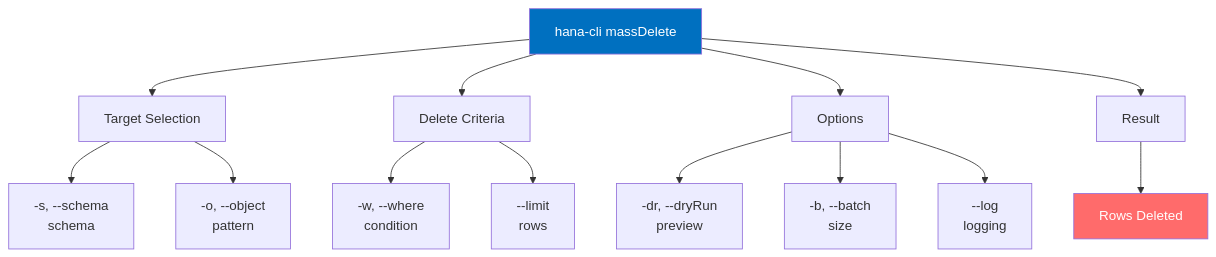
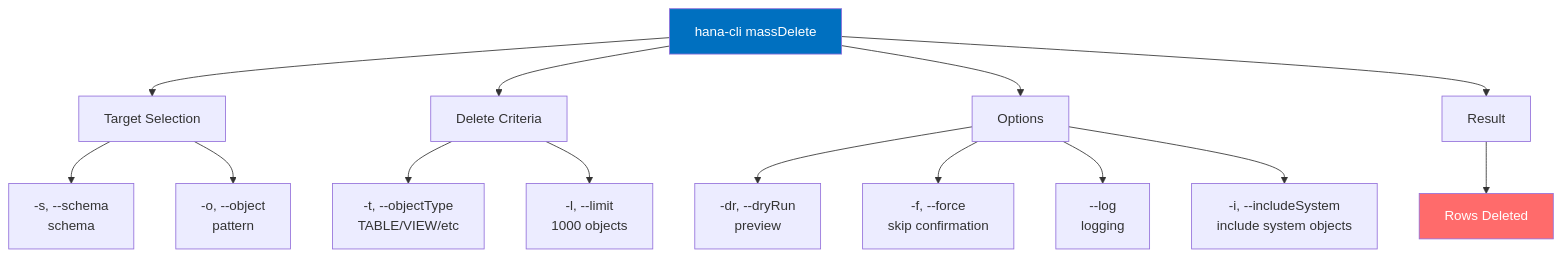
Diagram 20 of 26 in docs/99-reference/command-reference.md (SAP-samples/hana-developer-cli-tool-example), drawn with Mermaid before and after one commit. The commit also changed other lines of this file and 10 other files, not shown here.

````diff
--- a/docs/99-reference/command-reference.md
+++ b/docs/99-reference/command-reference.md
@@ -773,21 +778,22 @@
 ```mermaid
 graph TD
     A["hana-cli massDelete"] --> B["Target Selection"]
     B --> B1["-s, --schema<br/>schema"]
     B --> B2["-o, --object<br/>pattern"]
     
     A --> C["Delete Criteria"]
-    C --> C1["-w, --where<br/>condition"]
-    C --> C2["--limit<br/>rows"]
+    C --> C1["-t, --objectType<br/>TABLE/VIEW/etc"]
+    C --> C2["-l, --limit<br/>1000 objects"]
     
     A --> D["Options"]
     D --> D1["-dr, --dryRun<br/>preview"]
-    D --> D2["-b, --batch<br/>size"]
+    D --> D2["-f, --force<br/>skip confirmation"]
     D --> D3["--log<br/>logging"]
+    D --> D4["-i, --includeSystem<br/>include system objects"]
     
     A --> E["Result"]
     E --> E1["Rows Deleted"]
     
     style A fill:#0070C0,color:#fff
     style E1 fill:#FF6B6B,color:#fff
 ```
````
